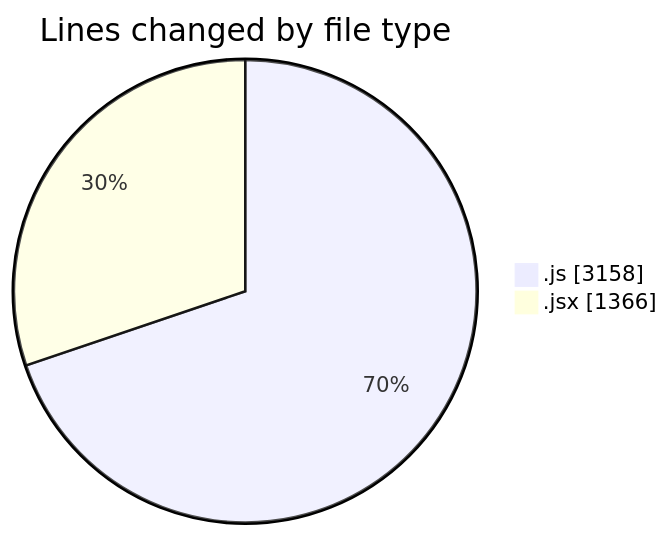
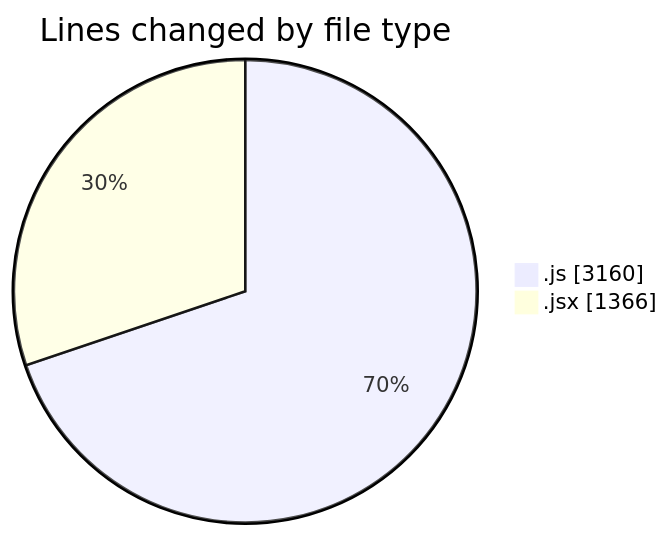
Before and after one commit to nxtqubesakshisongat/code-tracking: the first of 2 diagrams in 2025-07-23/nxtqube_webapp/README.md, drawn with Mermaid. The commit also changed other lines of this file and 1 other file, not shown here.

````diff
--- a/2025-07-23/nxtqube_webapp/README.md
+++ b/2025-07-23/nxtqube_webapp/README.md
@@ -42,6 +42,6 @@
 ```mermaid
 pie showData
 title Lines changed by file type
-".js" : 3158
+".js" : 3160
 ".jsx" : 1366
 ```
````
